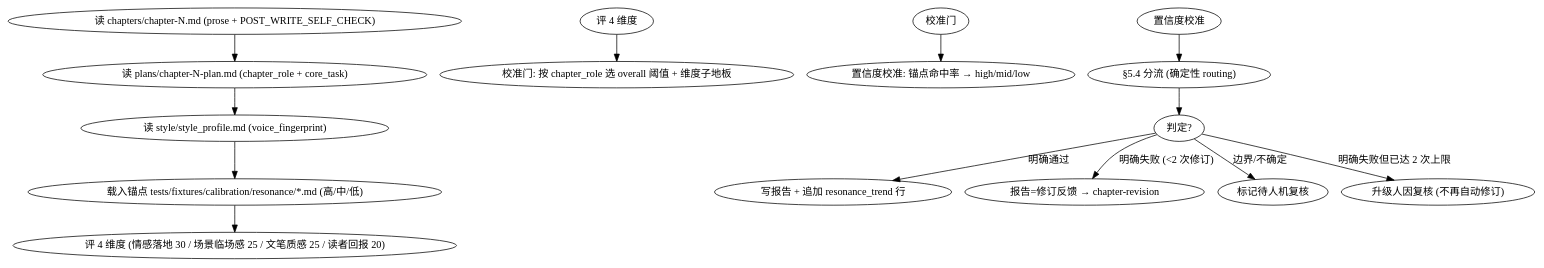
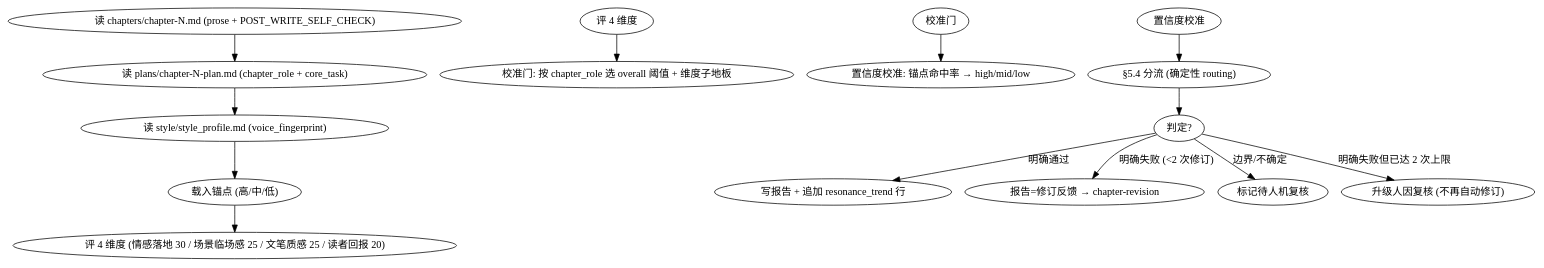
The diagram in skills/shenbi-review-resonance/SKILL.md (ThomasChangX/shenbi), drawn with Graphviz before and after one commit. The commit also changed other lines of this file and 3 other files, not shown here.

````diff
--- a/skills/shenbi-review-resonance/SKILL.md
+++ b/skills/shenbi-review-resonance/SKILL.md
@@ -50,17 +50,17 @@
 ```dot
 digraph review_resonance {
     rankdir=TB;
     "读 chapters/chapter-N.md (prose + POST_WRITE_SELF_CHECK)" -> "读 plans/chapter-N-plan.md (chapter_role + core_task)";
     "读 plans/chapter-N-plan.md (chapter_role + core_task)" -> "读 style/style_profile.md (voice_fingerprint)";
-    "读 style/style_profile.md (voice_fingerprint)" -> "载入锚点 tests/fixtures/calibration/resonance/*.md (高/中/低)";
-    "载入锚点 tests/fixtures/calibration/resonance/*.md (高/中/低)" -> "评 4 维度 (情感落地 30 / 场景临场感 25 / 文笔质感 25 / 读者回报 20)";
+    "读 style/style_profile.md (voice_fingerprint)" -> "载入锚点 (高/中/低)";
+    "载入锚点 (高/中/低)" -> "评 4 维度 (情感落地 30 / 场景临场感 25 / 文笔质感 25 / 读者回报 20)";
     "评 4 维度" -> "校准门: 按 chapter_role 选 overall 阈值 + 维度子地板";
     "校准门" -> "置信度校准: 锚点命中率 → high/mid/low";
     "置信度校准" -> "§5.4 分流 (确定性 routing)";
     "§5.4 分流 (确定性 routing)" -> "判定?";
     "判定?" -> "写报告 + 追加 resonance_trend 行" [label="明确通过"];
     "判定?" -> "报告=修订反馈 → chapter-revision" [label="明确失败 (<2 次修订)"];
     "判定?" -> "标记待人机复核" [label="边界/不确定"];
     "判定?" -> "升级人因复核 (不再自动修订)" [label="明确失败但已达 2 次上限"];
 }
 ```
````
